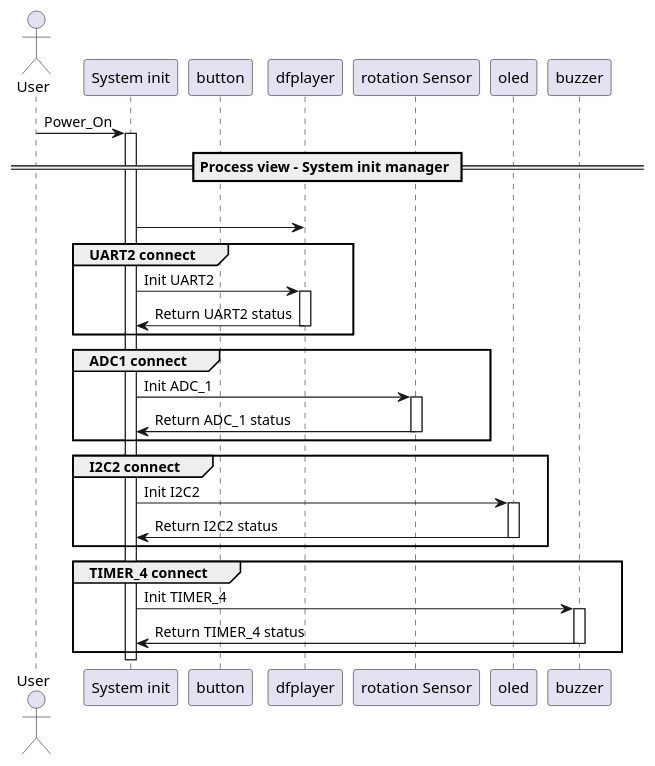
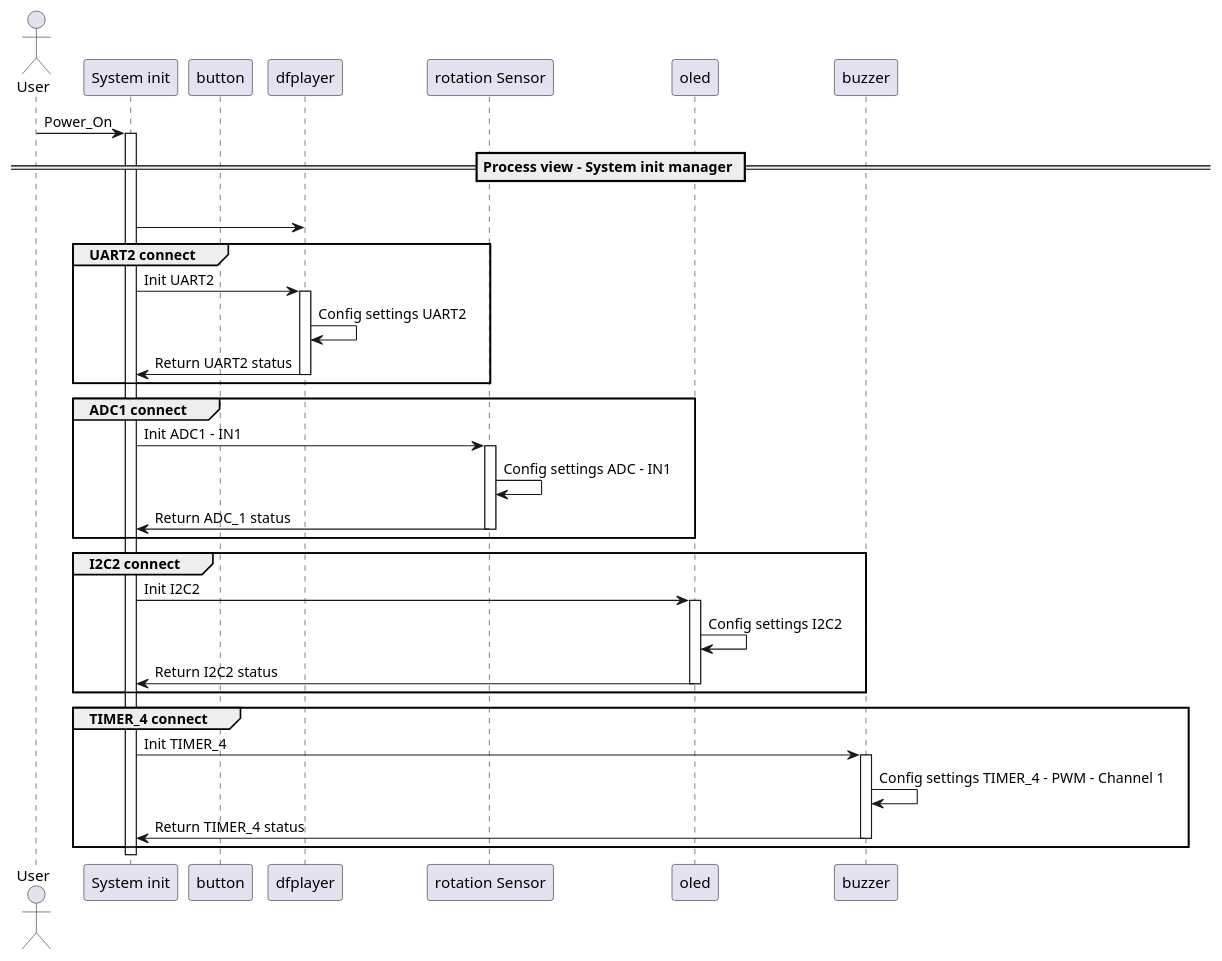
One commit to toannguyentien-itr-intern/MP3_Player changed the diagram in Documents/Seqence_diagram/Initialzation.wsd. Above: the diagram before and after it, drawn with PlantUML.

Commit message:
Update: Add the config setting of each device - protocol

```diff
--- a/Documents/Seqence_diagram/Initialzation.wsd
+++ b/Documents/Seqence_diagram/Initialzation.wsd
@@ -1,56 +1,60 @@
 @startuml Initialization
 
 actor User
 participant "System init"   as    MainSystem
 participant BUTTON          as    "button"
 participant DFPlayer        as    "dfplayer"
 participant RotationSensor  as    "rotation Sensor" 
 participant OLED            as    "oled"
 participant Buzzer          as    "buzzer"
 
 
 User -> MainSystem: Power_On
 activate MainSystem
 
 == Process view - System init manager ==
 
 
 group GPIO connect
 MainSystem -> DFPlayer
 
 group UART2 connect
 MainSystem -> DFPlayer: Init UART2
 activate DFPlayer
+DFPlayer -> DFPlayer: Config settings UART2
 DFPlayer -> MainSystem: Return UART2 status
 deactivate DFPlayer
 end
 
 group ADC1 connect
-MainSystem -> RotationSensor: Init ADC_1
+MainSystem -> RotationSensor: Init ADC1 - IN1
 activate RotationSensor
+RotationSensor -> RotationSensor: Config settings ADC - IN1
 RotationSensor -> MainSystem: Return ADC_1 status
 deactivate RotationSensor
 end
 
 group I2C2 connect
 MainSystem -> OLED: Init I2C2 
 activate OLED
+OLED -> OLED: Config settings I2C2
 OLED -> MainSystem: Return I2C2 status
 deactivate OLED
 end
 
 group TIMER_4 connect
 MainSystem -> Buzzer: Init TIMER_4
 activate Buzzer
+Buzzer -> Buzzer: Config settings TIMER_4 - PWM - Channel 1
 Buzzer -> MainSystem: Return TIMER_4 status
 deactivate Buzzer
 end
 
 deactivate MainSystem
 
 ' note below of MainSystem
 '   Communication protocols:
 '     - I2C
 
 
 @enduml
```
